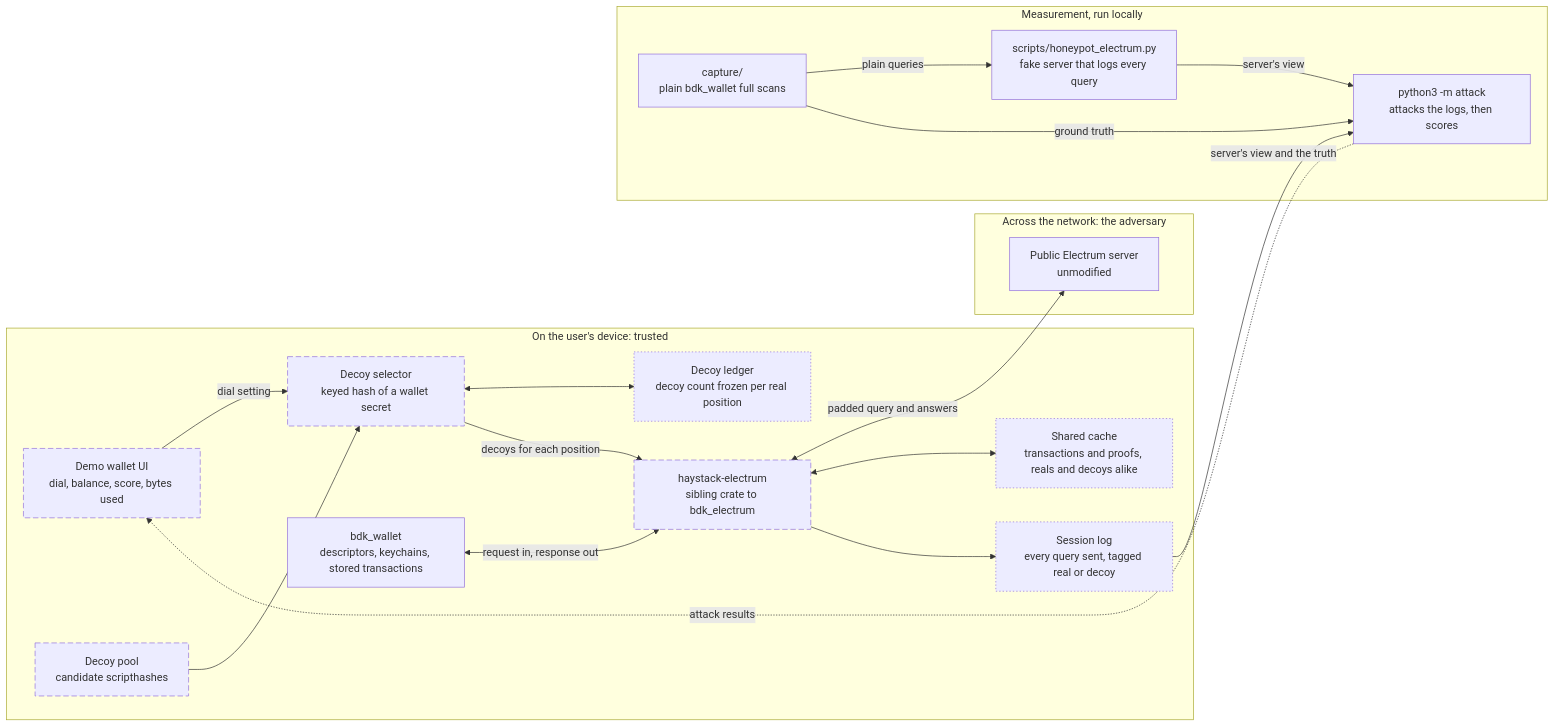
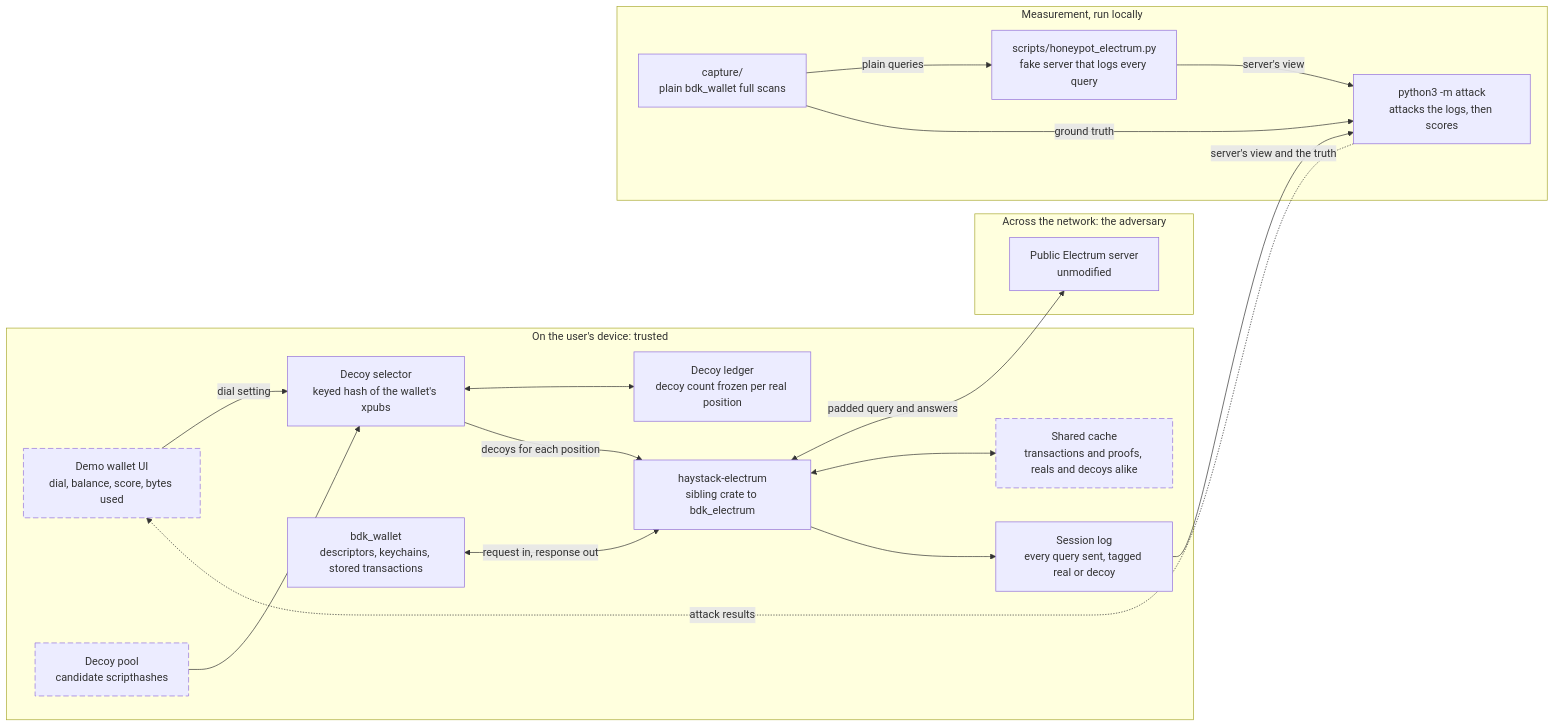
One commit to yogesh0509/Haystack changed the first of 4 diagrams in docs/02-design.md. Above: the diagram before and after it, drawn with Mermaid. The commit also changed other lines of this file and 43 other files, not shown here.

````diff
--- a/docs/02-design.md
+++ b/docs/02-design.md
@@ -389,40 +438,39 @@
 ```mermaid
 flowchart LR
     subgraph device["On the user's device: trusted"]
         ui["Demo wallet UI<br/>dial, balance, score, bytes used"]
         pool["Decoy pool<br/>candidate scripthashes"]
-        selector["Decoy selector<br/>keyed hash of a wallet secret"]
+        selector["Decoy selector<br/>keyed hash of the wallet's xpubs"]
         ledger["Decoy ledger<br/>decoy count frozen per real position"]
         wallet["bdk_wallet<br/>descriptors, keychains, stored transactions"]
         client["haystack-electrum<br/>sibling crate to bdk_electrum"]
         cache["Shared cache<br/>transactions and proofs, reals and decoys alike"]
         slog["Session log<br/>every query sent, tagged real or decoy"]
     end
     subgraph remote["Across the network: the adversary"]
         server["Public Electrum server<br/>unmodified"]
     end
     subgraph lab["Measurement, run locally"]
         capture["capture/<br/>plain bdk_wallet full scans"]
         honeypot["scripts/honeypot_electrum.py<br/>fake server that logs every query"]
         harness["python3 -m attack<br/>attacks the logs, then scores"]
     end
 
     ui -- "dial setting" --> selector
     pool --> selector
     selector <--> ledger
     selector -- "decoys for each position" --> client
     wallet <-- "request in, response out" --> client
     client <-- "padded query and answers" --> server
     client <--> cache
     client --> slog
     slog -- "server's view and the truth" --> harness
     harness -. "attack results" .-> ui
     capture -- "plain queries" --> honeypot
     honeypot -- "server's view" --> harness
     capture -- "ground truth" --> harness
 
     classDef decided stroke-dasharray: 8 4
     classDef proposed stroke-dasharray: 2 3
-    class ui,selector,pool,client decided
-    class ledger,cache,slog proposed
+    class ui,pool,cache decided
 ```
````
